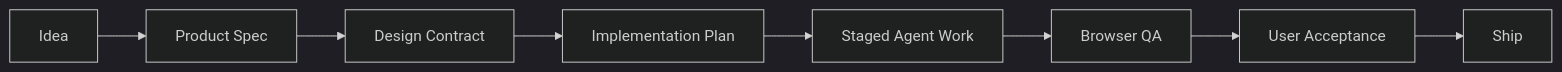
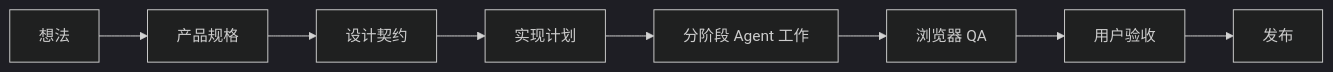
One commit to Wenfeng-GAO/vibespec changed the diagram in README.md. Above: the diagram before and after it, drawn with Mermaid (dark theme). The commit also changed other lines of this file and 2 other files, not shown here.

Commit message:
Localize docs and update agent rules

````diff
--- a/README.md
+++ b/README.md
@@ -20,10 +20,10 @@
 ```mermaid
 flowchart LR
-    A["Idea"] --> B["Product Spec"]
-    B --> C["Design Contract"]
-    C --> D["Implementation Plan"]
-    D --> E["Staged Agent Work"]
-    E --> F["Browser QA"]
-    F --> G["User Acceptance"]
-    G --> H["Ship"]
+    A["想法"] --> B["产品规格"]
+    B --> C["设计契约"]
+    C --> D["实现计划"]
+    D --> E["分阶段 Agent 工作"]
+    E --> F["浏览器 QA"]
+    F --> G["用户验收"]
+    G --> H["发布"]
 ```
````
